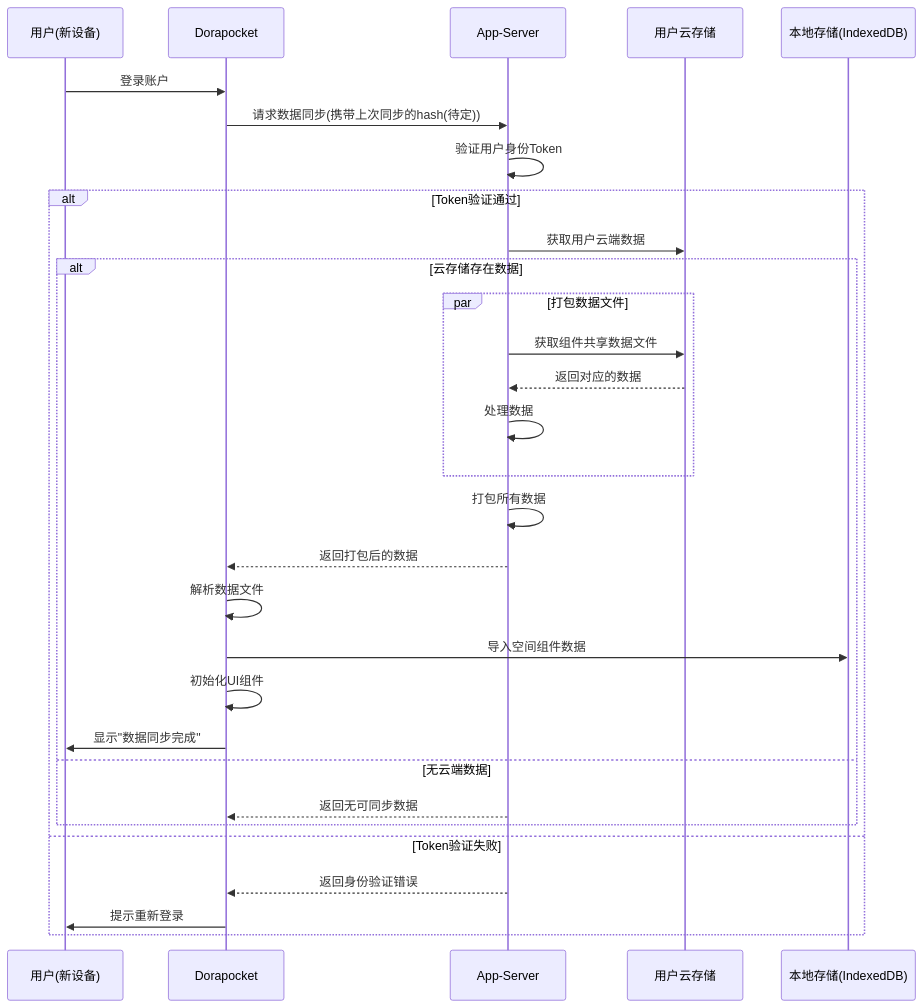
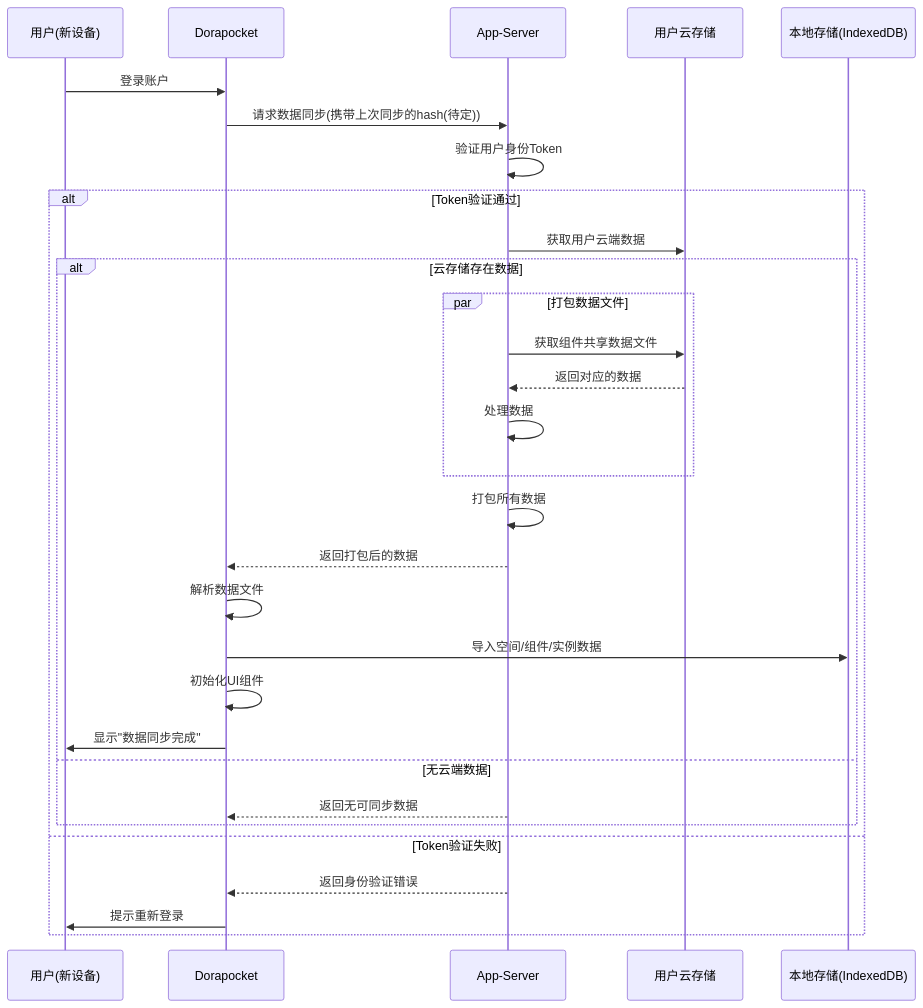
One commit to yingjianzh/iodraw-files changed the diagram in all/未命名-38.md. Above: the diagram before and after it, drawn with Mermaid.

Commit message:
2025-04-21 14:09:03 update

````diff
--- a/all/未命名-38.md
+++ b/all/未命名-38.md
@@ -1,44 +1,44 @@
 ```mermaid
 sequenceDiagram
     participant User as 用户(新设备)
     participant App as Dorapocket
     participant AppServer as App-Server
     participant UserCloud as 用户云存储
     participant LocalDB as 本地存储(IndexedDB)
     
     User->>App: 登录账户
     
     App->>AppServer: 请求数据同步(携带上次同步的hash(待定))
     AppServer->>AppServer: 验证用户身份Token
     
     alt Token验证通过
         AppServer->>UserCloud: 获取用户云端数据
         
         
         alt 云存储存在数据
             par 打包数据文件
                 AppServer->>UserCloud: 获取组件共享数据文件
                 UserCloud-->>AppServer: 返回对应的数据
                 
                 AppServer->>AppServer: 处理数据
             end
             
             AppServer->>AppServer: 打包所有数据
             AppServer-->>App: 返回打包后的数据
             
             App->>App: 解析数据文件
 
             
-            App->>LocalDB: 导入空间组件数据
+            App->>LocalDB: 导入空间/组件/实例数据
             
             App->>App: 初始化UI组件
             App->>User: 显示"数据同步完成"
         else 无云端数据
             AppServer-->>App: 返回无可同步数据
     
         end
     else Token验证失败
         AppServer-->>App: 返回身份验证错误
         App->>User: 提示重新登录
     end
 ```
````
